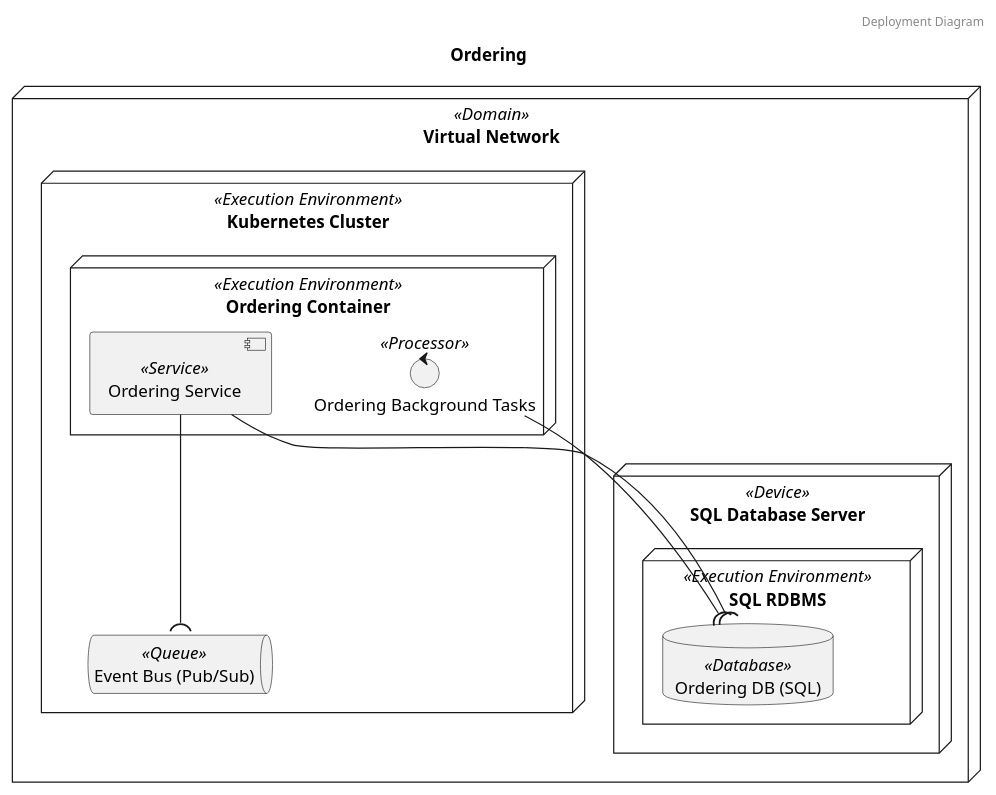
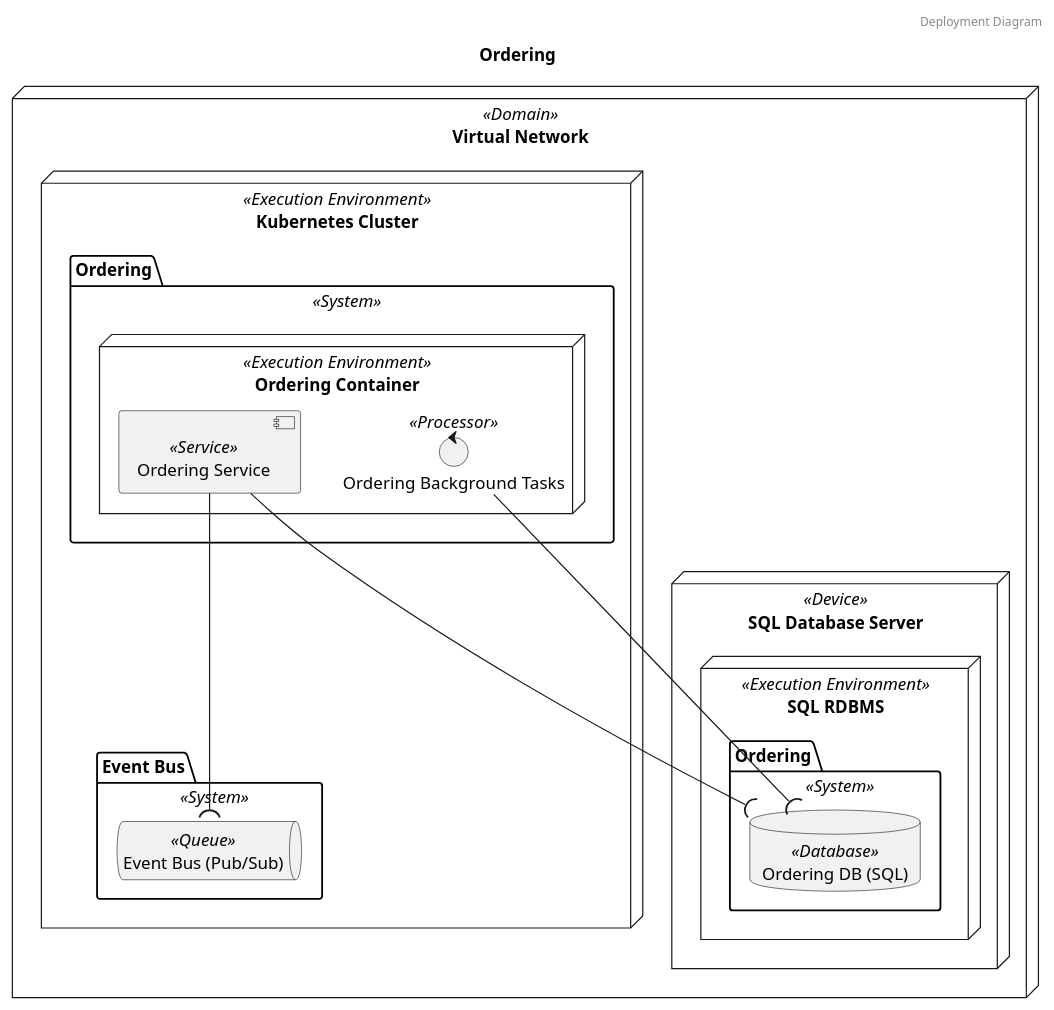
One commit to garrettsutula/example-trellis-project changed the second of 4 diagrams in diagrams/systems/Ordering.puml. Above: the diagram before and after it, drawn with PlantUML. The commit also changed other lines of this file and 13 other files, not shown here.

```diff
--- a/diagrams/systems/Ordering.puml
+++ b/diagrams/systems/Ordering.puml
@@ -17,22 +17,29 @@
 @startuml Deployment Diagram Ordering
 header Deployment Diagram
 title Ordering
 	node "Virtual Network" as Virtual_Network <<Domain>> {
 		node "Kubernetes Cluster" as Kubernetes_Cluster <<Execution Environment>> {
-			queue "Event Bus (Pub/Sub)" as Event_Bus_Pub_Sub <<Queue>>
-			node "Ordering Container" as Ordering_Container <<Execution Environment>> {
-				component "Ordering Service" as Ordering_Service <<Service>>
-				control "Ordering Background Tasks" as Ordering_Background_Tasks <<Processor>>
+			package "Event Bus" as Event_Bus_Kubernetes_Cluster_package <<System>>{
+				queue "Event Bus (Pub/Sub)" as Event_Bus_Pub_Sub <<Queue>>
+			}
+			package "Ordering" as Ordering_Kubernetes_Cluster_package <<System>>{
+				node "Ordering Container" as Ordering_Container <<Execution Environment>> {
+					component "Ordering Service" as Ordering_Service <<Service>>
+					control "Ordering Background Tasks" as Ordering_Background_Tasks <<Processor>>
+				}
+
 			}
 		}
 		node "SQL Database Server" as SQL_Database_Server <<Device>> {
 			node "SQL RDBMS" as SQL_RDBMS <<Execution Environment>> {
-				database "Ordering DB (SQL)" as Ordering_DB_SQL <<Database>>
+				package "Ordering" as Ordering_SQL_RDBMS_package <<System>>{
+					database "Ordering DB (SQL)" as Ordering_DB_SQL <<Database>>
+				}
 			}
 		}
 	}
 
 	Ordering_Service -down-( Ordering_DB_SQL
 	Ordering_Background_Tasks -down-( Ordering_DB_SQL
 	Ordering_Service -down-( Event_Bus_Pub_Sub
 @enduml
```
